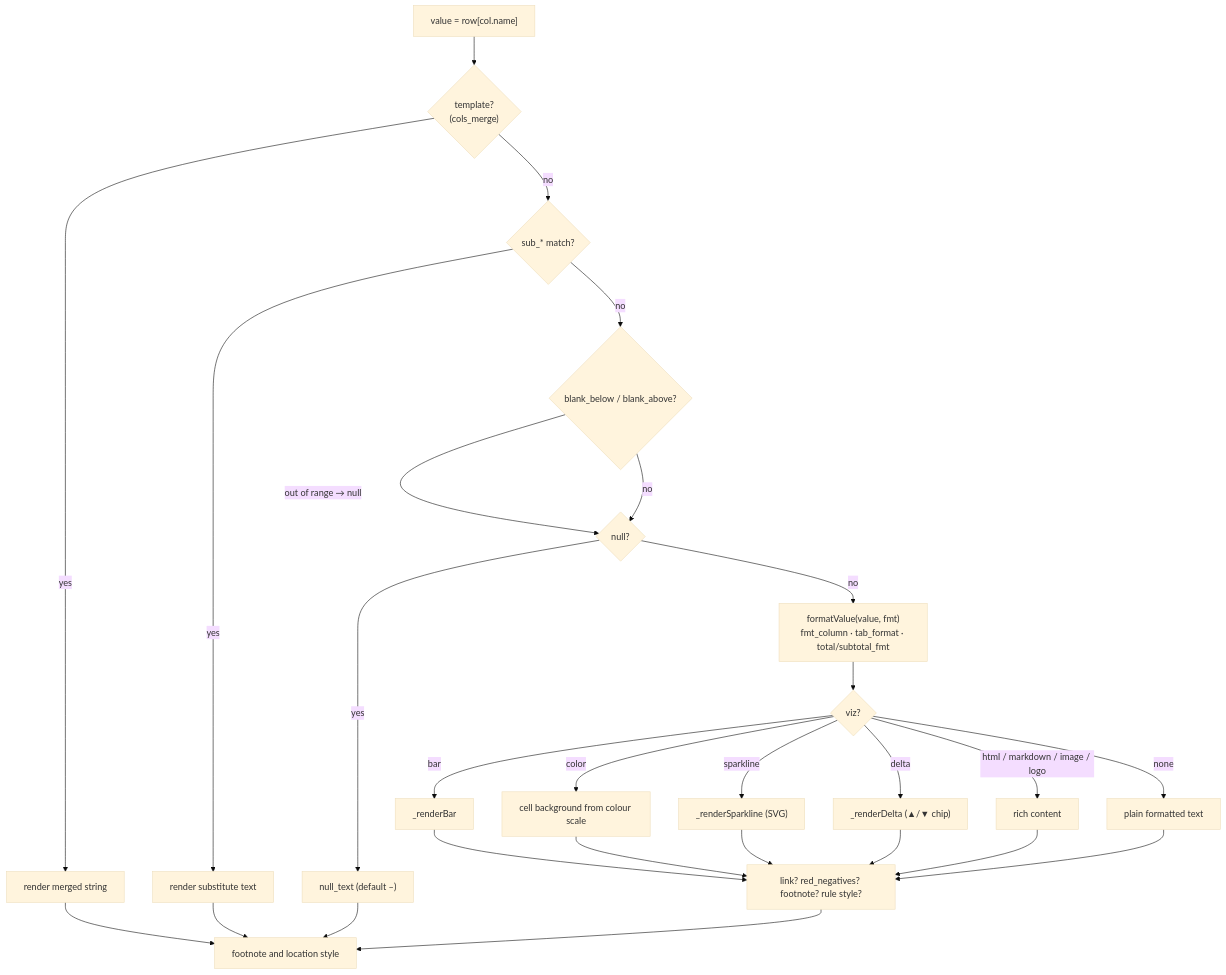
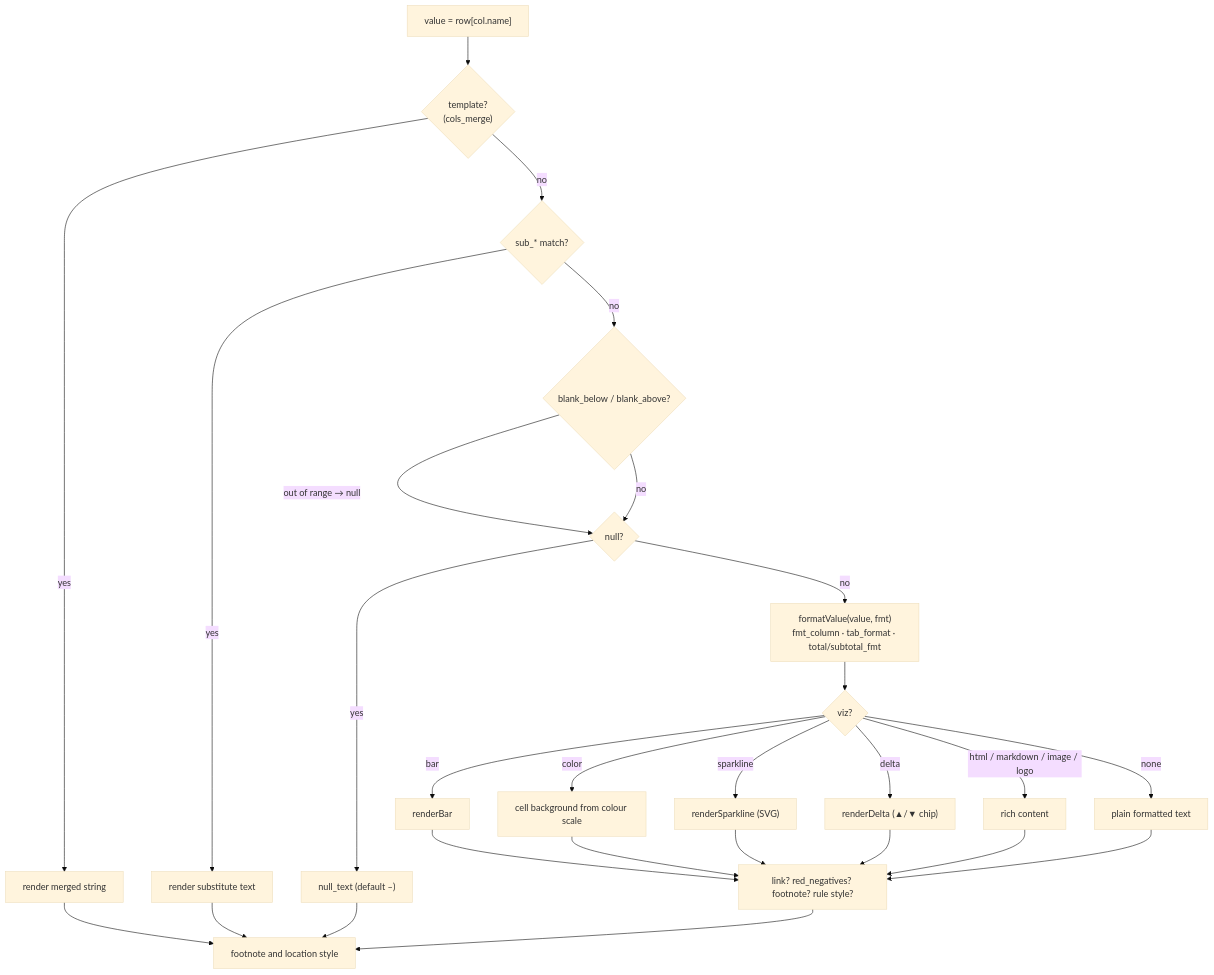
One commit to edouardp/evidential changed the seventh of 11 diagrams in docs/technical-architecture.md. Above: the diagram before and after it, drawn with Mermaid (base theme). The commit also changed other lines of this file and 18 other files, not shown here.

````diff
--- a/docs/technical-architecture.md
+++ b/docs/technical-architecture.md
@@ -425,29 +426,29 @@
 ```mermaid
 flowchart TD
   A["value = row[col.name]"] --> B{"template?<br/>(cols_merge)"}
   B -->|yes| Z["render merged string"]
   B -->|no| C{"sub_* match?"}
   C -->|yes| Z2["render substitute text"]
   C -->|no| D{"blank_below / blank_above?"}
   D -->|"out of range → null"| E{"null?"}
   D -->|no| E
   E -->|yes| Z3["null_text (default –)"]
   E -->|no| F["formatValue(value, fmt)<br/>fmt_column · tab_format · total/subtotal_fmt"]
   F --> G{"viz?"}
-  G -->|bar| BAR["_renderBar"]
+  G -->|bar| BAR["renderBar"]
   G -->|color| COL["cell background from colour scale"]
-  G -->|sparkline| SPARK["_renderSparkline (SVG)"]
-  G -->|delta| DELTA["_renderDelta (▲/▼ chip)"]
+  G -->|sparkline| SPARK["renderSparkline (SVG)"]
+  G -->|delta| DELTA["renderDelta (▲/▼ chip)"]
   G -->|html / markdown / image / logo| MEDIA["rich content"]
   G -->|none| TEXT["plain formatted text"]
   BAR --> H["link? red_negatives? footnote? rule style?"]
   COL --> H
   SPARK --> H
   DELTA --> H
   MEDIA --> H
   TEXT --> H
   Z --> I["footnote and location style"]
   Z2 --> I
   Z3 --> I
   H --> I
 ```
````
